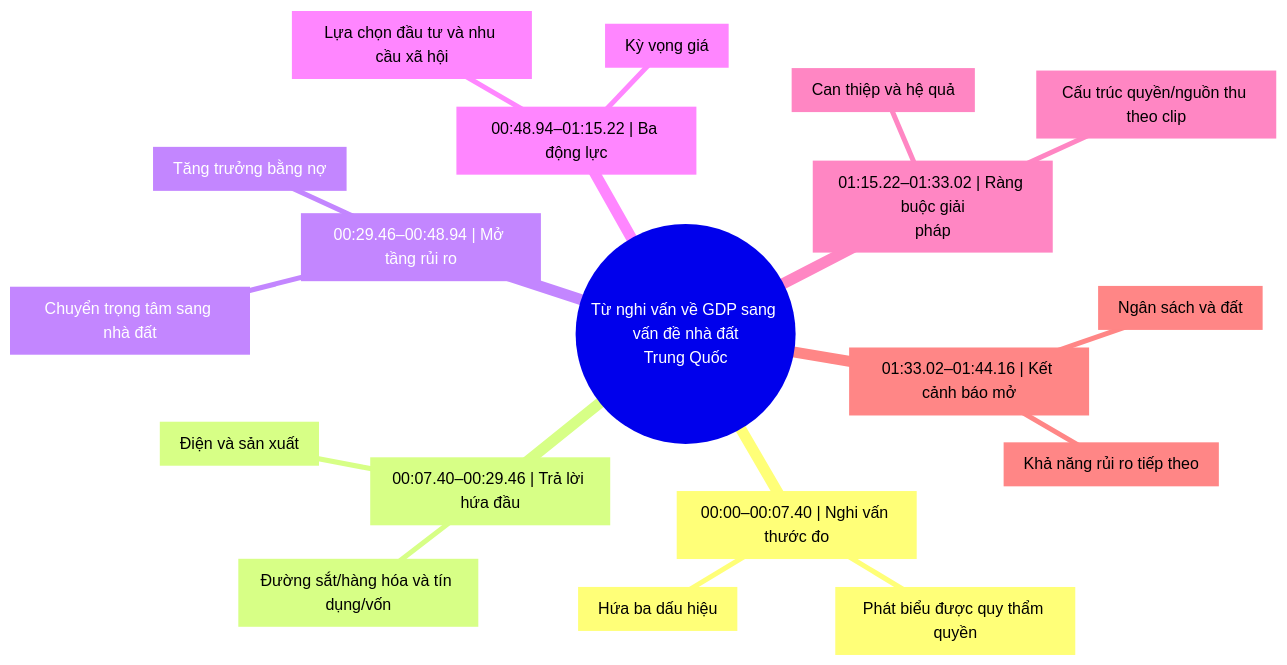
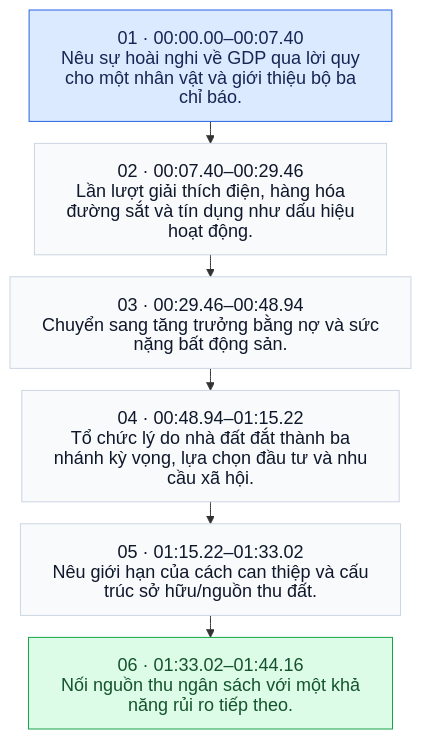
The diagram in skills/hook-script/references/corpus/mindmaps/7584790091629907217.mmd (vilo0411/hook-script-kit), drawn with Mermaid before and after one commit. The commit also changed 103 other files, not shown here.

Commit message:
Diversify Vietnamese clip sources and replace radial maps with story flows

```diff
--- a/skills/hook-script/references/corpus/mindmaps/7584790091629907217.mmd
+++ b/skills/hook-script/references/corpus/mindmaps/7584790091629907217.mmd
@@ -1,20 +1,19 @@
-mindmap
-  root((Từ nghi vấn về GDP sang vấn đề nhà đất<br/>Trung Quốc))
-    b0["00:00–00:07.40 | Nghi vấn thước đo"]
-      b0c0["Phát biểu được quy thẩm quyền"]
-      b0c1["Hứa ba dấu hiệu"]
-    b1["00:07.40–00:29.46 | Trả lời hứa đầu"]
-      b1c0["Điện và sản xuất"]
-      b1c1["Đường sắt/hàng hóa và tín dụng/vốn"]
-    b2["00:29.46–00:48.94 | Mở tầng rủi ro"]
-      b2c0["Tăng trưởng bằng nợ"]
-      b2c1["Chuyển trọng tâm sang nhà đất"]
-    b3["00:48.94–01:15.22 | Ba động lực"]
-      b3c0["Kỳ vọng giá"]
-      b3c1["Lựa chọn đầu tư và nhu cầu xã hội"]
-    b4["01:15.22–01:33.02 | Ràng buộc giải<br/>pháp"]
-      b4c0["Can thiệp và hệ quả"]
-      b4c1["Cấu trúc quyền/nguồn thu theo clip"]
-    b5["01:33.02–01:44.16 | Kết cảnh báo mở"]
-      b5c0["Ngân sách và đất"]
-      b5c1["Khả năng rủi ro tiếp theo"]
+%%{init: {"htmlLabels": false, "themeVariables": {"fontSize": "18px"}, "flowchart": {"padding": 16, "rankSpacing": 22, "wrappingWidth": 360}}}%%
+flowchart TD
+  n0["01 · 00:00.00–00:07.40<br/>Nêu sự hoài nghi về GDP qua lời quy<br/>cho một nhân vật và giới thiệu bộ ba<br/>chỉ báo."]
+  n1["02 · 00:07.40–00:29.46<br/>Lần lượt giải thích điện, hàng hóa<br/>đường sắt và tín dụng như dấu hiệu<br/>hoạt động."]
+  n0 --> n1
+  n2["03 · 00:29.46–00:48.94<br/>Chuyển sang tăng trưởng bằng nợ và sức<br/>nặng bất động sản."]
+  n1 --> n2
+  n3["04 · 00:48.94–01:15.22<br/>Tổ chức lý do nhà đất đắt thành ba<br/>nhánh kỳ vọng, lựa chọn đầu tư và nhu<br/>cầu xã hội."]
+  n2 --> n3
+  n4["05 · 01:15.22–01:33.02<br/>Nêu giới hạn của cách can thiệp và cấu<br/>trúc sở hữu/nguồn thu đất."]
+  n3 --> n4
+  n5["06 · 01:33.02–01:44.16<br/>Nối nguồn thu ngân sách với một khả<br/>năng rủi ro tiếp theo."]
+  n4 --> n5
+  classDef phase fill:#F8FAFC,stroke:#CBD5E1,color:#0F172A,font-size:18px;
+  classDef opening fill:#DBEAFE,stroke:#2563EB,color:#172554,font-size:18px;
+  classDef ending fill:#DCFCE7,stroke:#16A34A,color:#14532D,font-size:18px;
+  class n0,n1,n2,n3,n4,n5 phase;
+  class n0 opening;
+  class n5 ending;
```
